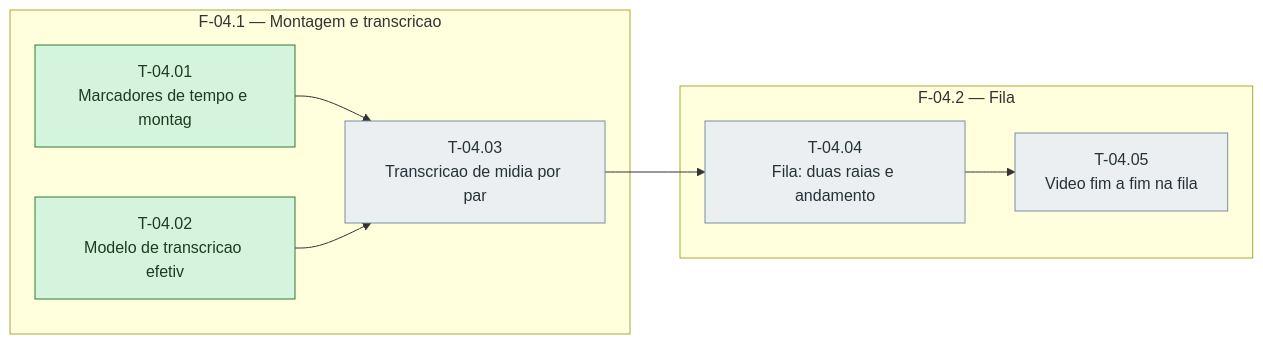
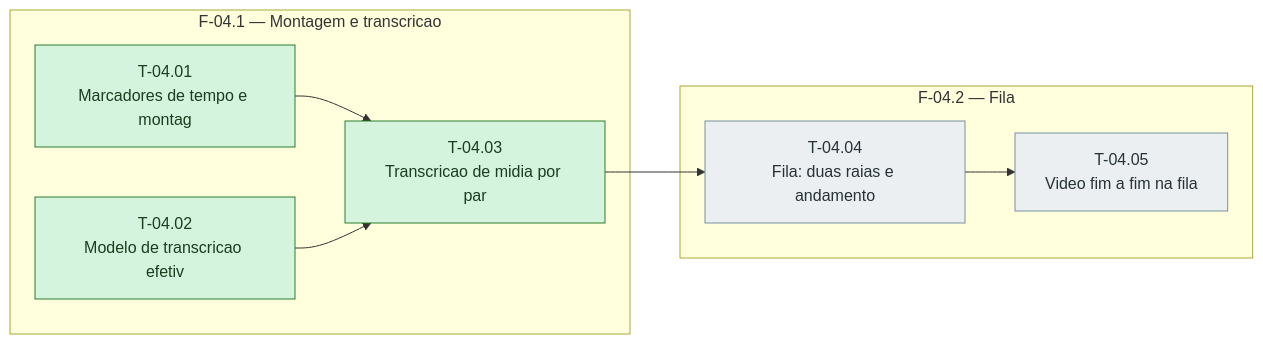
Before and after one commit to bittencourtthulio/converse-chatbot: the diagram in docs/conhecimento-em-video/sprint-04/fases.md, drawn with Mermaid. The commit also changed 5 other files, not shown here.

````diff
--- a/docs/conhecimento-em-video/sprint-04/fases.md
+++ b/docs/conhecimento-em-video/sprint-04/fases.md
@@ -31,29 +31,29 @@
 ```mermaid
 %% Grafo de tasks — sprint-04 — gerado pela sprintx a partir de tasks.md
 flowchart LR
   subgraph fase_04_1["F-04.1 — Montagem e transcricao"]
     T_04_01["T-04.01<br/>Marcadores de tempo e montag"]
     T_04_02["T-04.02<br/>Modelo de transcricao efetiv"]
     T_04_03["T-04.03<br/>Transcricao de midia por par"]
   end
   subgraph fase_04_2["F-04.2 — Fila"]
     T_04_04["T-04.04<br/>Fila: duas raias e andamento"]
     T_04_05["T-04.05<br/>Video fim a fim na fila"]
   end
   T_04_01 --> T_04_03
   T_04_02 --> T_04_03
   T_04_03 --> T_04_04
   T_04_04 --> T_04_05
 
   classDef concluida fill:#d4f4dd,stroke:#2e7d32,color:#1b3d20
   classDef andamento fill:#fff3cd,stroke:#b8860b,color:#4a3800
   classDef bloqueada fill:#f8d7da,stroke:#c62828,color:#4a1d1f
   classDef pendente  fill:#eceff1,stroke:#78909c,color:#263238
   classDef critico   stroke-width:3px
 
   class T_04_01 concluida
   class T_04_02 concluida
-  class T_04_03 pendente
+  class T_04_03 concluida
   class T_04_04 pendente
   class T_04_05 pendente
 ```
````
